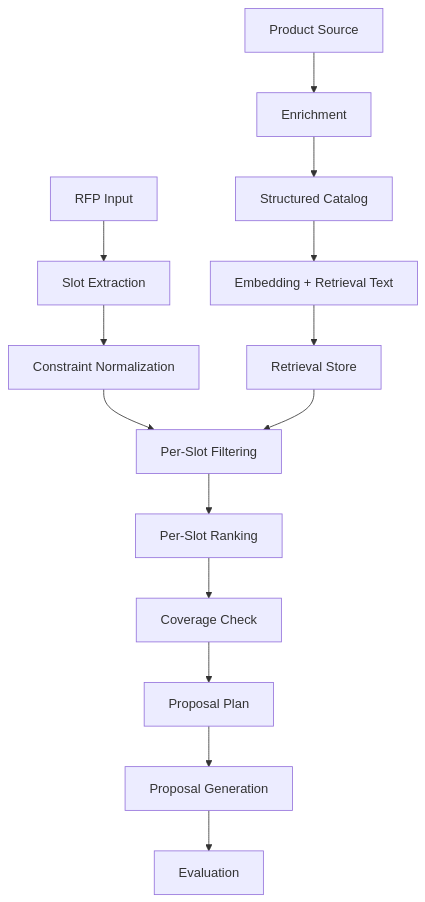
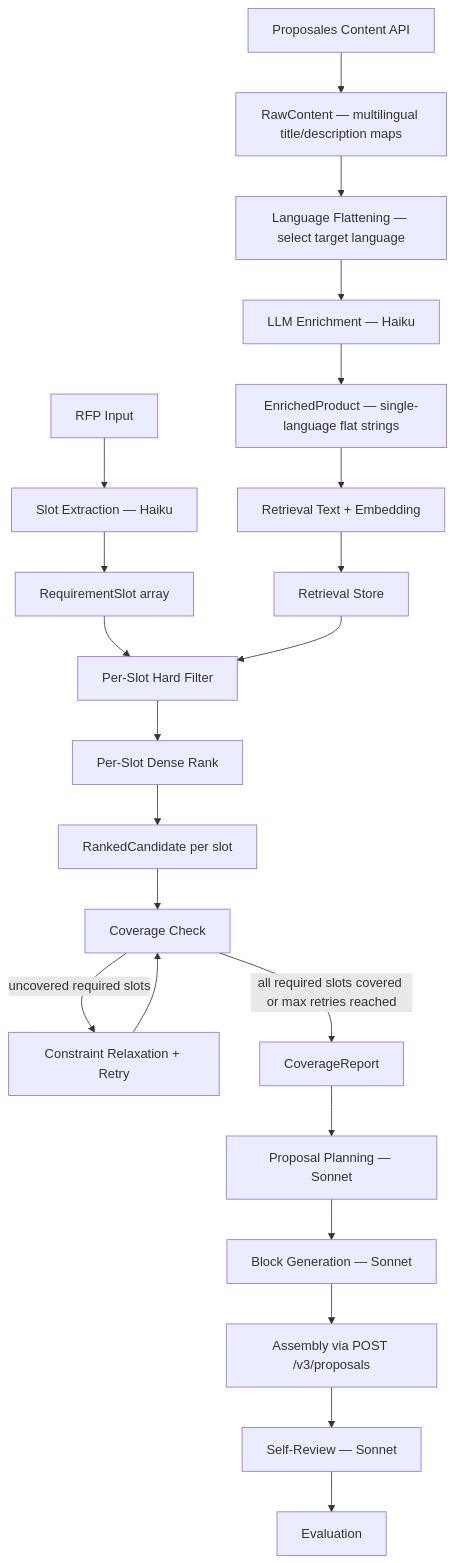
Before and after one commit to taimooralam/propose: the first of 2 diagrams in docs/ARCHITECTURE.md, drawn with Mermaid. The commit also changed other lines of this file and 4 other files, not shown here.

First line of the commit message:
docs: update architecture after Codex adversarial review (11 findings)

````diff
--- a/docs/ARCHITECTURE.md
+++ b/docs/ARCHITECTURE.md
@@ -11,17 +11,25 @@
 ```mermaid
 flowchart TD
-    A[Product Source] --> B[Enrichment]
-    B --> C[Structured Catalog]
-    C --> D[Embedding + Retrieval Text]
-    D --> E[Retrieval Store]
+    A[Proposales Content API] --> B[RawContent — multilingual title/description maps]
+    B --> C[Language Flattening — select target language]
+    C --> D[LLM Enrichment — Haiku]
+    D --> E[EnrichedProduct — single-language flat strings]
+    E --> F[Retrieval Text + Embedding]
+    F --> G[Retrieval Store]
 
-    F[RFP Input] --> G[Slot Extraction]
-    G --> H[Constraint Normalization]
-    H --> I[Per-Slot Filtering]
-    E --> I
-    I --> J[Per-Slot Ranking]
-    J --> K[Coverage Check]
-    K --> L[Proposal Plan]
-    L --> M[Proposal Generation]
-    M --> N[Evaluation]
+    H[RFP Input] --> I[Slot Extraction — Haiku]
+    I --> J[RequirementSlot array]
+    J --> K[Per-Slot Hard Filter]
+    G --> K
+    K --> L[Per-Slot Dense Rank]
+    L --> M[RankedCandidate per slot]
+    M --> N[Coverage Check]
+    N -->|uncovered required slots| O[Constraint Relaxation + Retry]
+    O --> N
+    N -->|all required slots covered or max retries reached| P[CoverageReport]
+    P --> Q[Proposal Planning — Sonnet]
+    Q --> R[Block Generation — Sonnet]
+    R --> S[Assembly via POST /v3/proposals]
+    S --> T[Self-Review — Sonnet]
+    T --> U[Evaluation]
 ```
````
